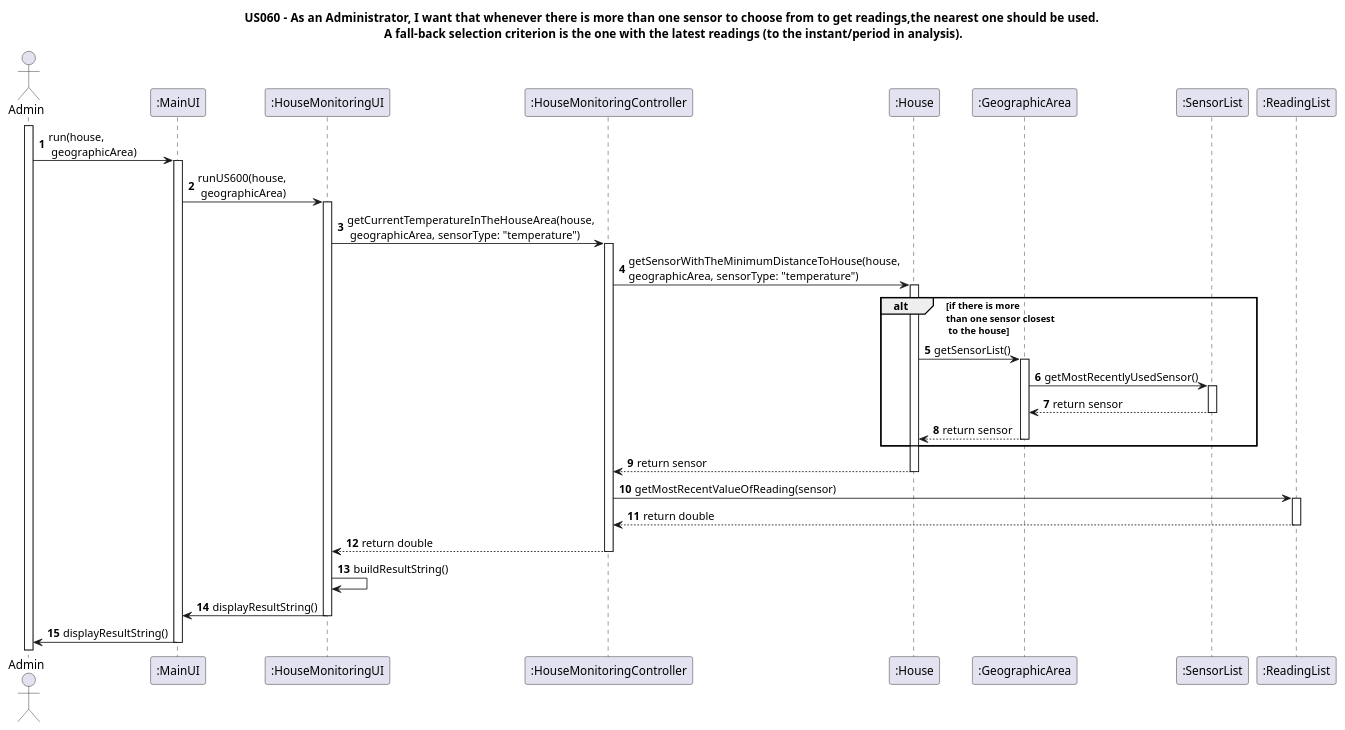
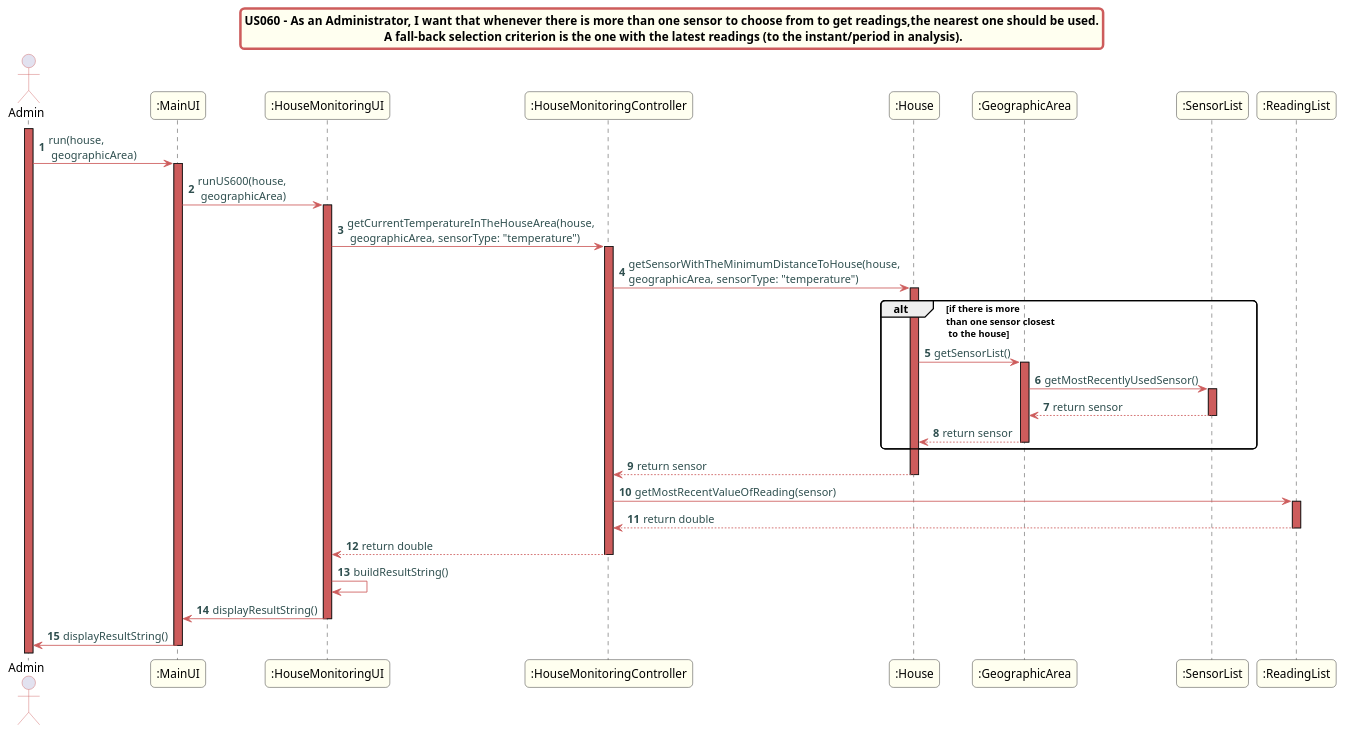
Before and after one commit to Almadanmp/project: the diagram in uml/US060.puml, drawn with PlantUML. The commit also changed 18 other files, not shown here.

Commit message:
UML format changes

```diff
--- a/uml/US060.puml
+++ b/uml/US060.puml
@@ -1,38 +1,61 @@
 @startuml
+skinparam titleBorderRoundCorner 10
+skinparam titleBorderThickness 3
+skinparam titleBorderColor indianred
+skinparam titleBackgroundColor ivory
+skinparam FontName quicksand
+
+skinparam actor {
+ 	BorderColor indianred
+ 	}
+
+ skinparam sequence {
+ 	LifeLineBackgroundColor indianred
+ 	ParticipantBackgroundColor ivory
+ }
+
+ skinparam roundcorner 10
+
+ skinparam component {
+   arrowThickness 1
+   ArrowFontName Verdana
+   ArrowColor indianred
+   ArrowFontColor darkslategrey
+ }
 title US060 -  As an Administrator, I want that whenever there is more than one sensor to choose from to get readings,the nearest one should be used.\n A fall-back selection criterion is the one with the latest readings (to the instant/period in analysis).
 autonumber
 actor Admin
 activate Admin
 Admin -> ":MainUI": run(house,\n geographicArea)
 activate ":MainUI"
 ":MainUI" -> ":HouseMonitoringUI": runUS600(house,\n geographicArea)
 activate ":HouseMonitoringUI"
 ":HouseMonitoringUI" -> ":HouseMonitoringController": getCurrentTemperatureInTheHouseArea(house,\n geographicArea, sensorType: "temperature")
 activate ":HouseMonitoringController"
 ":HouseMonitoringController"->":House":getSensorWithTheMinimumDistanceToHouse(house,\ngeographicArea, sensorType: "temperature")
 activate ":House"
 alt if there is more \nthan one sensor closest\n to the house
 ":House"->":GeographicArea":getSensorList()
 activate ":GeographicArea"
 ":GeographicArea"->":SensorList":getMostRecentlyUsedSensor()
 activate ":SensorList"
 ":SensorList"-->":GeographicArea": return sensor
 deactivate ":SensorList"
 ":GeographicArea"-->":House": return sensor
 deactivate ":GeographicArea"
 end
 ":House"-->":HouseMonitoringController": return sensor
 deactivate ":House"
 ":HouseMonitoringController"->":ReadingList": getMostRecentValueOfReading(sensor)
 activate ":ReadingList"
 ":ReadingList"-->":HouseMonitoringController": return double
 deactivate ":ReadingList"
 ":HouseMonitoringController"-->":HouseMonitoringUI": return double
 deactivate ":HouseMonitoringController"
 
 ":HouseMonitoringUI"->":HouseMonitoringUI": buildResultString()
 ":HouseMonitoringUI"->":MainUI": displayResultString()
 deactivate ":HouseMonitoringUI"
 ":MainUI"->"Admin": displayResultString()
 deactivate ":MainUI"
 @enduml
```
